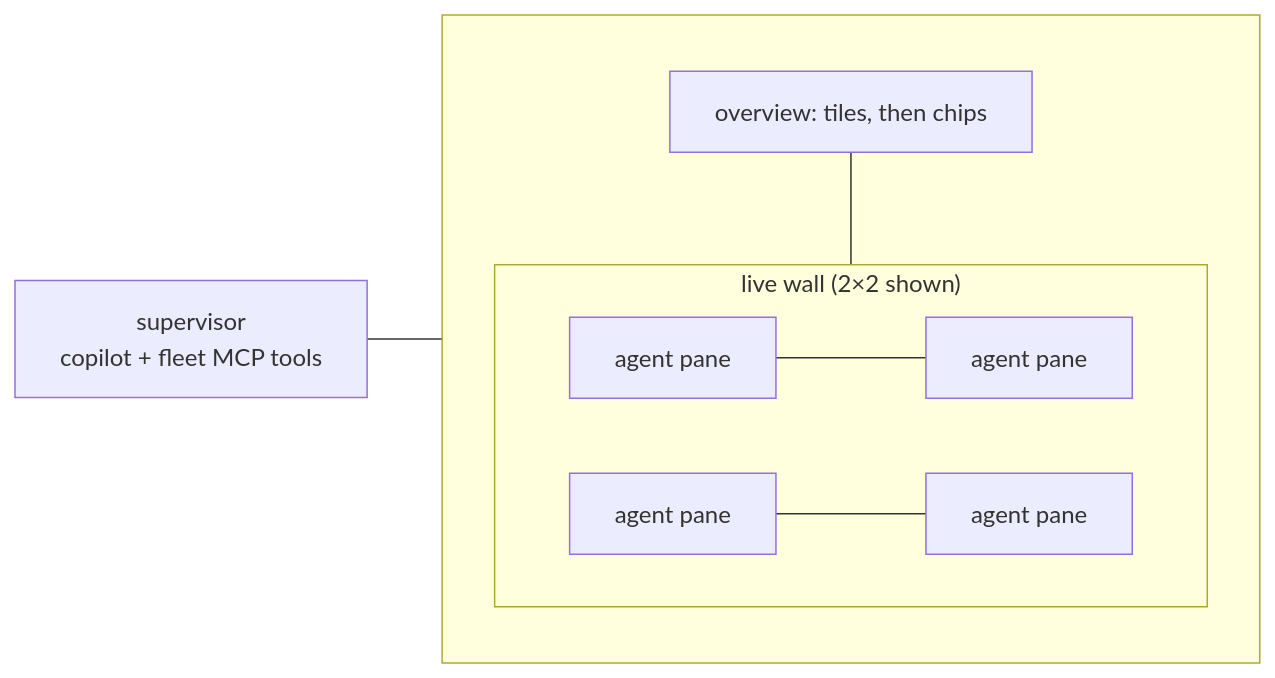
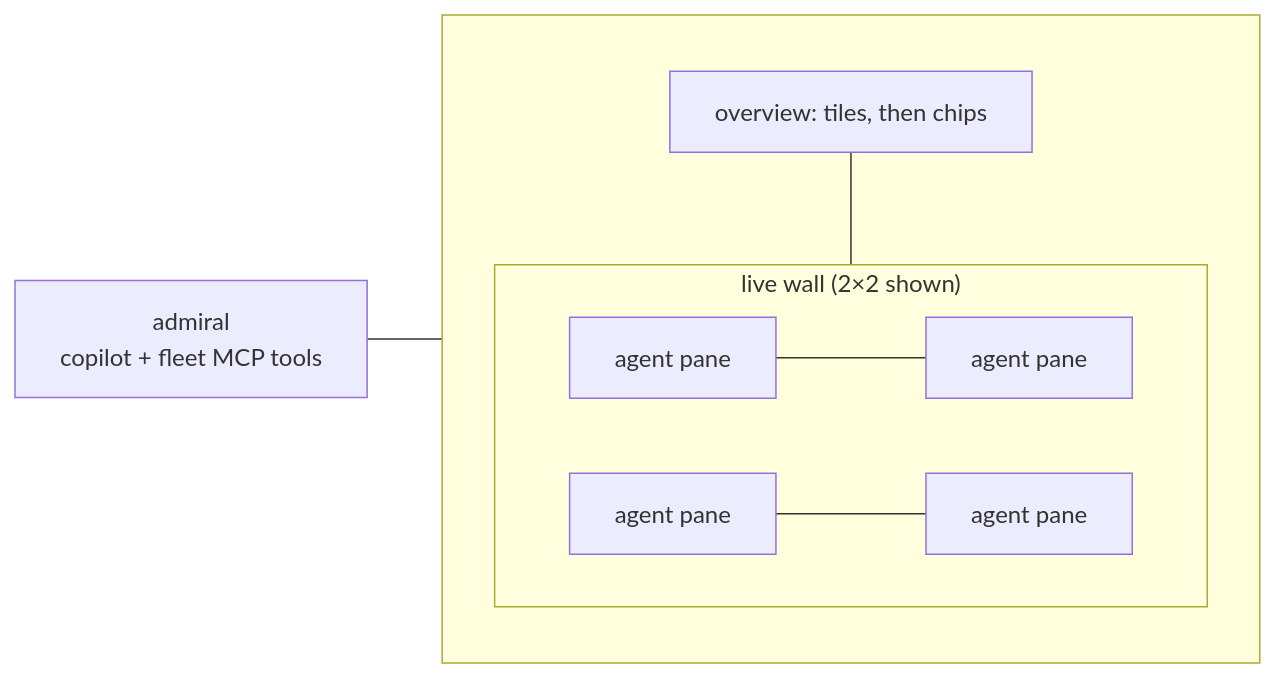
The diagram in README.md (DevelApp-ai/fleet), drawn with Mermaid before and after one commit. The commit also changed other lines of this file and 168 other files, not shown here.

````diff
--- a/README.md
+++ b/README.md
@@ -85,15 +88,15 @@
 ```mermaid
 flowchart LR
-  sup["supervisor<br/>copilot + fleet MCP tools"]
+  sup["admiral<br/>copilot + fleet MCP tools"]
   subgraph right[" "]
     direction TB
     ov["overview: tiles, then chips"]
     subgraph wall["live wall (2×2 shown)"]
       direction LR
       w1["agent pane"] --- w2["agent pane"]
       w3["agent pane"] --- w4["agent pane"]
     end
     ov --- wall
   end
   sup --- right
 ```
````
